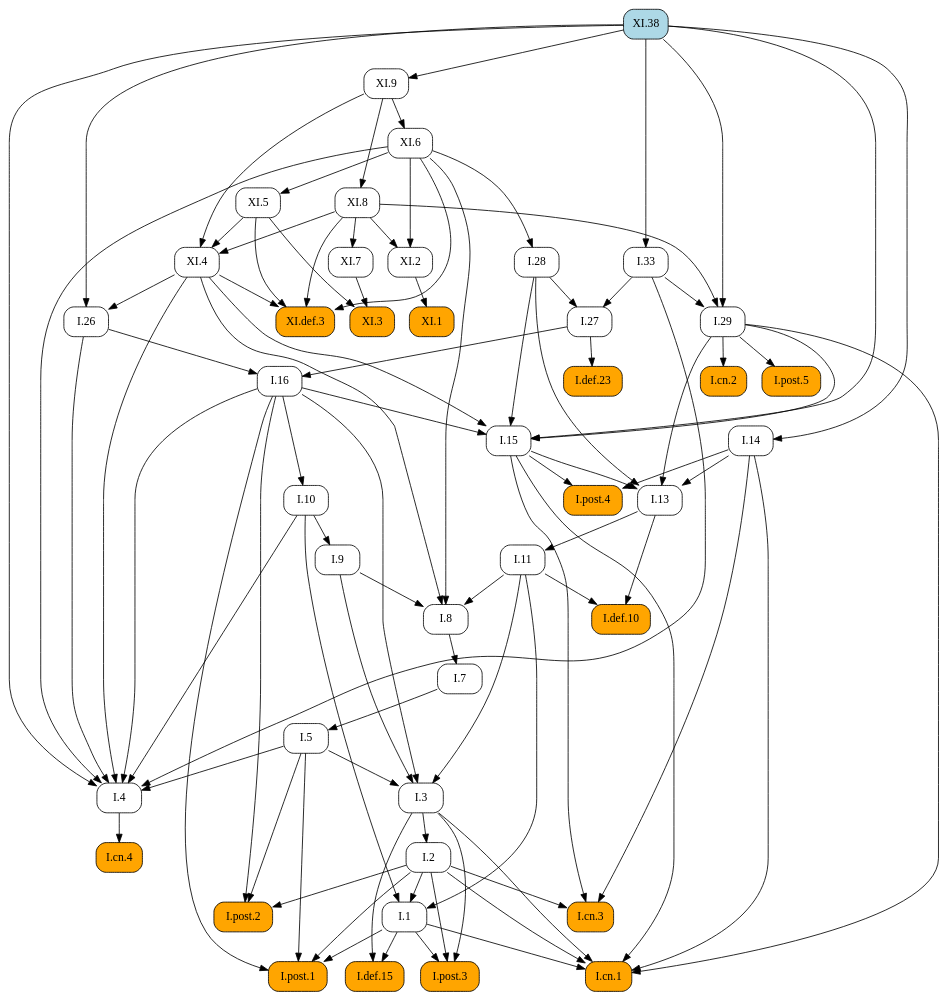
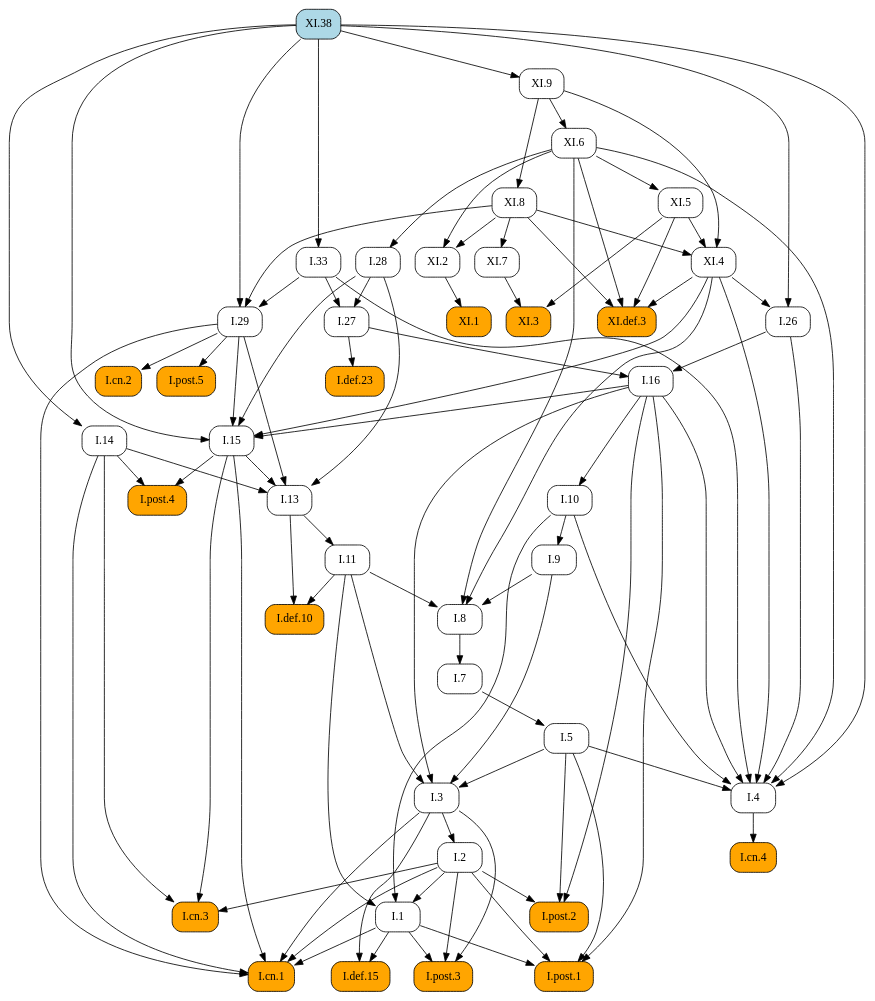
Before and after one commit to geometor/elements: the diagram in docsrc/heath/XI/38/index.rst, drawn with Graphviz. The commit also changed other lines of this file and 1029 other files, not shown here.

```diff
--- a/docsrc/heath/XI/38/index.rst
+++ b/docsrc/heath/XI/38/index.rst
@@ -51,93 +51,102 @@
    digraph {
      rankdir="TB";
      node [shape=box, style=rounded];
-     "I.cn.3" [style="rounded,filled", fillcolor=orange, URL="/heath/I/cn.3/", target="_top"];
-     "I.29" [URL="/heath/I/29/", target="_top"];
-     "I.7" [URL="/heath/I/7/", target="_top"];
-     "I.27" [URL="/heath/I/27/", target="_top"];
-     "I.def.23" [style="rounded,filled", fillcolor=orange, URL="/heath/I/def.23/", target="_top"];
-     "I.8" [URL="/heath/I/8/", target="_top"];
-     "I.9" [URL="/heath/I/9/", target="_top"];
-     "XI.4" [URL="/heath/XI/4/", target="_top"];
+     "I.def.10" [style="rounded,filled", fillcolor=orange, URL="/heath/I/def.10/", target="_top"];
+     "I.11" [URL="/heath/I/11/", target="_top"];
      "I.post.4" [style="rounded,filled", fillcolor=orange, URL="/heath/I/post.4/", target="_top"];
-     "I.2" [URL="/heath/I/2/", target="_top"];
+     "XI.def.3" [style="rounded,filled", fillcolor=orange, URL="/heath/XI/def.3/", target="_top"];
      "I.28" [URL="/heath/I/28/", target="_top"];
      "I.1" [URL="/heath/I/1/", target="_top"];
+     "I.26" [URL="/heath/I/26/", target="_top"];
+     "XI.7" [URL="/heath/XI/7/", target="_top"];
+     "I.29" [URL="/heath/I/29/", target="_top"];
+     "I.cn.2" [style="rounded,filled", fillcolor=orange, URL="/heath/I/cn.2/", target="_top"];
+     "XI.9" [URL="/heath/XI/9/", target="_top"];
+     "XI.8" [URL="/heath/XI/8/", target="_top"];
      "I.def.15" [style="rounded,filled", fillcolor=orange, URL="/heath/I/def.15/", target="_top"];
+     "I.post.3" [style="rounded,filled", fillcolor=orange, URL="/heath/I/post.3/", target="_top"];
+     "XI.5" [URL="/heath/XI/5/", target="_top"];
+     "XI.1" [style="rounded,filled", fillcolor=orange, URL="/heath/XI/1/", target="_top"];
+     "I.cn.1" [style="rounded,filled", fillcolor=orange, URL="/heath/I/cn.1/", target="_top"];
+     "I.cn.3" [style="rounded,filled", fillcolor=orange, URL="/heath/I/cn.3/", target="_top"];
+     "XI.2" [URL="/heath/XI/2/", target="_top"];
+     "I.14" [URL="/heath/I/14/", target="_top"];
      "I.post.1" [style="rounded,filled", fillcolor=orange, URL="/heath/I/post.1/", target="_top"];
-     "XI.1" [style="rounded,filled", fillcolor=orange, URL="/heath/XI/1/", target="_top"];
+     "XI.38" [style="rounded,filled", fillcolor=lightblue, URL="/heath/XI/38/", target="_top"];
+     "XI.6" [URL="/heath/XI/6/", target="_top"];
+     "I.27" [URL="/heath/I/27/", target="_top"];
+     "I.7" [URL="/heath/I/7/", target="_top"];
+     "I.3" [URL="/heath/I/3/", target="_top"];
+     "I.2" [URL="/heath/I/2/", target="_top"];
+     "I.4" [URL="/heath/I/4/", target="_top"];
+     "I.def.23" [style="rounded,filled", fillcolor=orange, URL="/heath/I/def.23/", target="_top"];
+     "I.13" [URL="/heath/I/13/", target="_top"];
+     "I.33" [URL="/heath/I/33/", target="_top"];
+     "I.post.2" [style="rounded,filled", fillcolor=orange, URL="/heath/I/post.2/", target="_top"];
+     "I.16" [URL="/heath/I/16/", target="_top"];
+     "I.9" [URL="/heath/I/9/", target="_top"];
+     "I.8" [URL="/heath/I/8/", target="_top"];
      "I.cn.4" [style="rounded,filled", fillcolor=orange, URL="/heath/I/cn.4/", target="_top"];
-     "I.26" [URL="/heath/I/26/", target="_top"];
-     "I.33" [URL="/heath/I/33/", target="_top"];
-     "XI.9" [URL="/heath/XI/9/", target="_top"];
-     "I.13" [URL="/heath/I/13/", target="_top"];
-     "I.cn.2" [style="rounded,filled", fillcolor=orange, URL="/heath/I/cn.2/", target="_top"];
+     "I.15" [URL="/heath/I/15/", target="_top"];
+     "XI.4" [URL="/heath/XI/4/", target="_top"];
+     "I.post.5" [style="rounded,filled", fillcolor=orange, URL="/heath/I/post.5/", target="_top"];
+     "I.10" [URL="/heath/I/10/", target="_top"];
      "I.5" [URL="/heath/I/5/", target="_top"];
-     "I.11" [URL="/heath/I/11/", target="_top"];
-     "I.10" [URL="/heath/I/10/", target="_top"];
-     "I.4" [URL="/heath/I/4/", target="_top"];
-     "XI.5" [URL="/heath/XI/5/", target="_top"];
-     "I.3" [URL="/heath/I/3/", target="_top"];
-     "I.16" [URL="/heath/I/16/", target="_top"];
-     "I.def.10" [style="rounded,filled", fillcolor=orange, URL="/heath/I/def.10/", target="_top"];
-     "XI.def.3" [style="rounded,filled", fillcolor=orange, URL="/heath/XI/def.3/", target="_top"];
-     "I.post.2" [style="rounded,filled", fillcolor=orange, URL="/heath/I/post.2/", target="_top"];
-     "I.post.3" [style="rounded,filled", fillcolor=orange, URL="/heath/I/post.3/", target="_top"];
-     "XI.38" [style="rounded,filled", fillcolor=lightblue, URL="/heath/XI/38/", target="_top"];
-     "I.post.5" [style="rounded,filled", fillcolor=orange, URL="/heath/I/post.5/", target="_top"];
      "XI.3" [style="rounded,filled", fillcolor=orange, URL="/heath/XI/3/", target="_top"];
-     "XI.6" [URL="/heath/XI/6/", target="_top"];
-     "I.14" [URL="/heath/I/14/", target="_top"];
-     "XI.7" [URL="/heath/XI/7/", target="_top"];
-     "I.15" [URL="/heath/I/15/", target="_top"];
-     "I.cn.1" [style="rounded,filled", fillcolor=orange, URL="/heath/I/cn.1/", target="_top"];
-     "XI.2" [URL="/heath/XI/2/", target="_top"];
-     "XI.8" [URL="/heath/XI/8/", target="_top"];
-     "I.2" -> "I.cn.3";
-     "I.14" -> "I.cn.3";
-     "I.15" -> "I.cn.3";
-     "I.33" -> "I.29";
-     "XI.8" -> "I.29";
-     "XI.38" -> "I.29";
-     "I.8" -> "I.7";
-     "I.28" -> "I.27";
-     "I.33" -> "I.27";
-     "I.27" -> "I.def.23";
-     "I.9" -> "I.8";
-     "I.11" -> "I.8";
-     "XI.4" -> "I.8";
-     "XI.6" -> "I.8";
-     "I.10" -> "I.9";
-     "XI.5" -> "XI.4";
-     "XI.8" -> "XI.4";
-     "XI.9" -> "XI.4";
+     "I.11" -> "I.def.10";
+     "I.13" -> "I.def.10";
+     "I.13" -> "I.11";
      "I.14" -> "I.post.4";
      "I.15" -> "I.post.4";
-     "I.3" -> "I.2";
+     "XI.4" -> "XI.def.3";
+     "XI.5" -> "XI.def.3";
+     "XI.6" -> "XI.def.3";
+     "XI.8" -> "XI.def.3";
      "XI.6" -> "I.28";
      "I.2" -> "I.1";
      "I.10" -> "I.1";
      "I.11" -> "I.1";
+     "XI.4" -> "I.26";
+     "XI.38" -> "I.26";
+     "XI.8" -> "XI.7";
+     "I.33" -> "I.29";
+     "XI.8" -> "I.29";
+     "XI.38" -> "I.29";
+     "I.29" -> "I.cn.2";
+     "XI.38" -> "XI.9";
+     "XI.9" -> "XI.8";
      "I.1" -> "I.def.15";
      "I.3" -> "I.def.15";
+     "I.1" -> "I.post.3";
+     "I.2" -> "I.post.3";
+     "I.3" -> "I.post.3";
+     "XI.6" -> "XI.5";
+     "XI.2" -> "XI.1";
+     "I.1" -> "I.cn.1";
+     "I.2" -> "I.cn.1";
+     "I.3" -> "I.cn.1";
+     "I.14" -> "I.cn.1";
+     "I.15" -> "I.cn.1";
+     "I.29" -> "I.cn.1";
+     "I.2" -> "I.cn.3";
+     "I.14" -> "I.cn.3";
+     "I.15" -> "I.cn.3";
+     "XI.6" -> "XI.2";
+     "XI.8" -> "XI.2";
+     "XI.38" -> "I.14";
      "I.1" -> "I.post.1";
      "I.2" -> "I.post.1";
      "I.5" -> "I.post.1";
      "I.16" -> "I.post.1";
-     "XI.2" -> "XI.1";
-     "I.4" -> "I.cn.4";
-     "XI.4" -> "I.26";
-     "XI.38" -> "I.26";
-     "XI.38" -> "I.33";
-     "XI.38" -> "XI.9";
-     "I.14" -> "I.13";
-     "I.15" -> "I.13";
-     "I.28" -> "I.13";
-     "I.29" -> "I.13";
-     "I.29" -> "I.cn.2";
-     "I.7" -> "I.5";
-     "I.13" -> "I.11";
-     "I.16" -> "I.10";
+     "XI.9" -> "XI.6";
+     "I.28" -> "I.27";
+     "I.33" -> "I.27";
+     "I.8" -> "I.7";
+     "I.5" -> "I.3";
+     "I.9" -> "I.3";
+     "I.11" -> "I.3";
+     "I.16" -> "I.3";
+     "I.3" -> "I.2";
      "I.5" -> "I.4";
      "I.10" -> "I.4";
      "I.16" -> "I.4";
@@ -146,43 +155,34 @@
      "XI.4" -> "I.4";
      "XI.6" -> "I.4";
      "XI.38" -> "I.4";
-     "XI.6" -> "XI.5";
-     "I.5" -> "I.3";
-     "I.9" -> "I.3";
-     "I.11" -> "I.3";
-     "I.16" -> "I.3";
-     "I.26" -> "I.16";
-     "I.27" -> "I.16";
-     "I.11" -> "I.def.10";
-     "I.13" -> "I.def.10";
-     "XI.4" -> "XI.def.3";
-     "XI.5" -> "XI.def.3";
-     "XI.6" -> "XI.def.3";
-     "XI.8" -> "XI.def.3";
+     "I.27" -> "I.def.23";
+     "I.14" -> "I.13";
+     "I.15" -> "I.13";
+     "I.28" -> "I.13";
+     "I.29" -> "I.13";
+     "XI.38" -> "I.33";
      "I.2" -> "I.post.2";
      "I.5" -> "I.post.2";
      "I.16" -> "I.post.2";
-     "I.1" -> "I.post.3";
-     "I.2" -> "I.post.3";
-     "I.3" -> "I.post.3";
-     "I.29" -> "I.post.5";
-     "XI.5" -> "XI.3";
-     "XI.7" -> "XI.3";
-     "XI.9" -> "XI.6";
-     "XI.38" -> "I.14";
-     "XI.8" -> "XI.7";
+     "I.26" -> "I.16";
+     "I.27" -> "I.16";
+     "I.10" -> "I.9";
+     "I.9" -> "I.8";
+     "I.11" -> "I.8";
+     "XI.4" -> "I.8";
+     "XI.6" -> "I.8";
+     "I.4" -> "I.cn.4";
      "I.16" -> "I.15";
      "I.28" -> "I.15";
      "I.29" -> "I.15";
      "XI.4" -> "I.15";
      "XI.38" -> "I.15";
-     "I.1" -> "I.cn.1";
-     "I.2" -> "I.cn.1";
-     "I.3" -> "I.cn.1";
-     "I.14" -> "I.cn.1";
-     "I.15" -> "I.cn.1";
-     "I.29" -> "I.cn.1";
-     "XI.6" -> "XI.2";
-     "XI.8" -> "XI.2";
-     "XI.9" -> "XI.8";
+     "XI.5" -> "XI.4";
+     "XI.8" -> "XI.4";
+     "XI.9" -> "XI.4";
+     "I.29" -> "I.post.5";
+     "I.16" -> "I.10";
+     "I.7" -> "I.5";
+     "XI.5" -> "XI.3";
+     "XI.7" -> "XI.3";
    }
```
